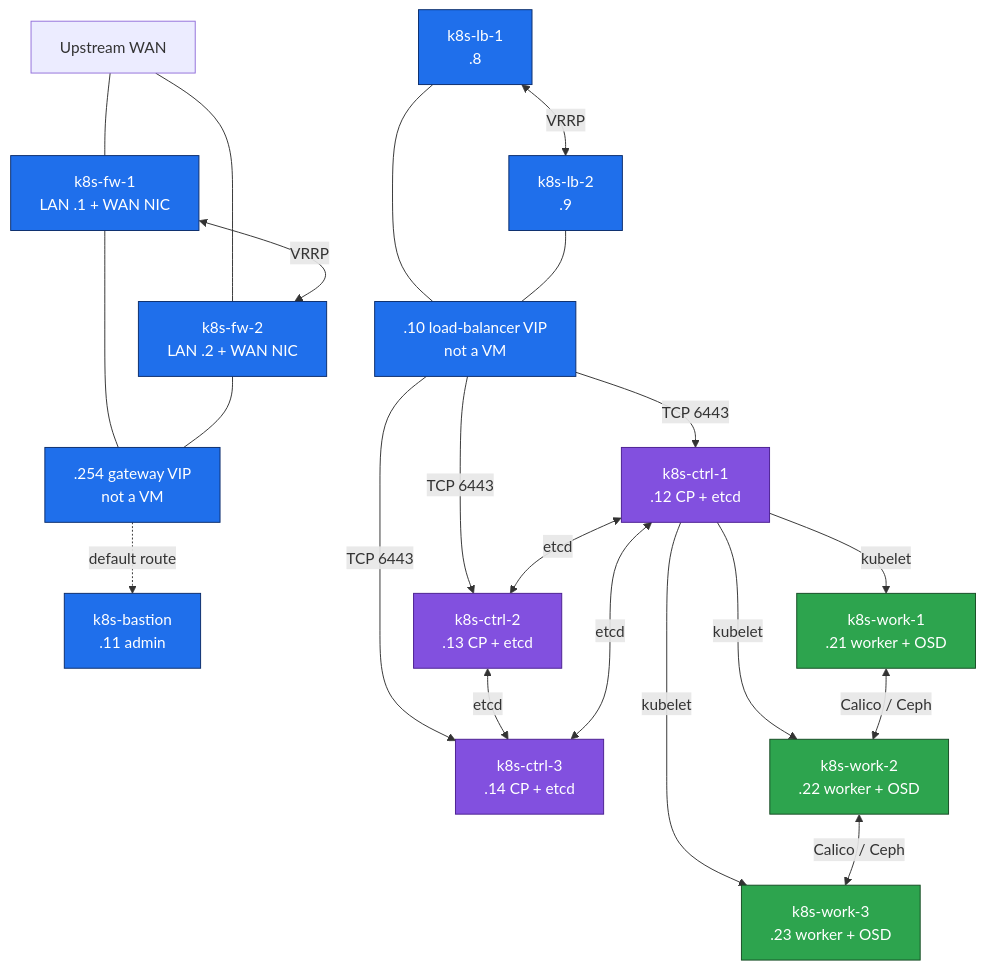
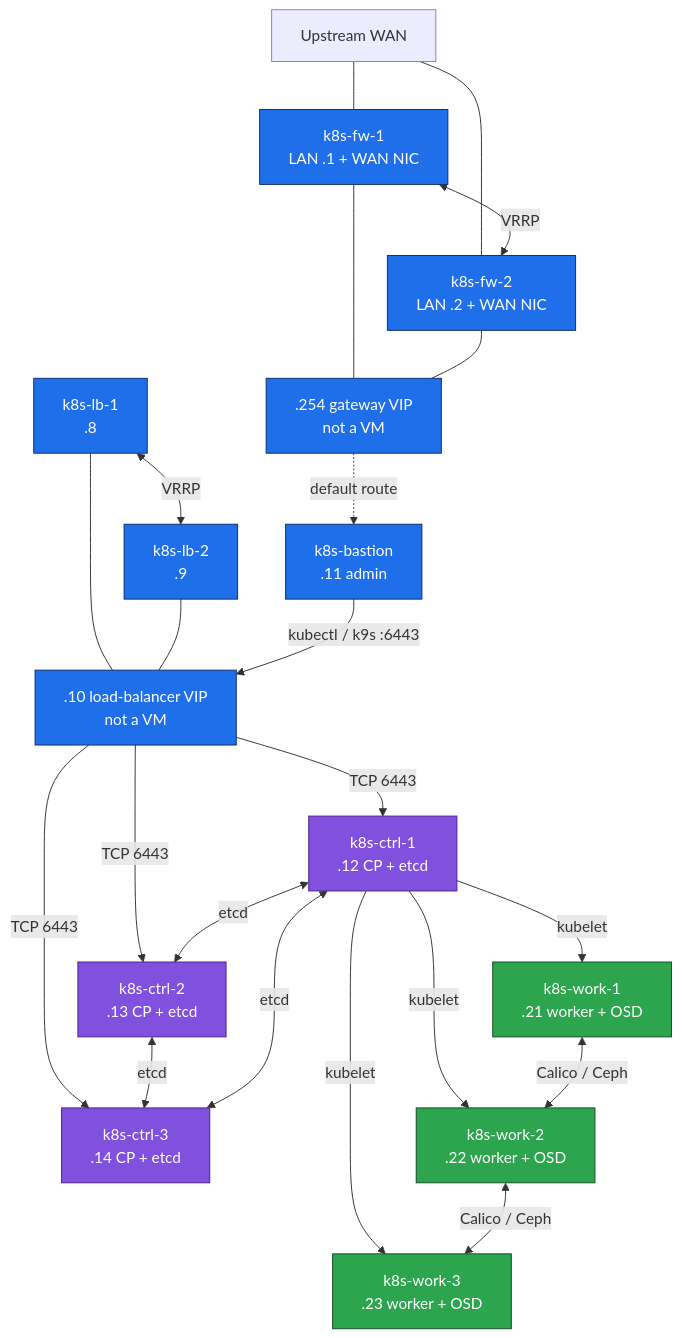
One commit to bahman-farhadian/kubernetes-lab changed the second of 2 diagrams in 01-inventory.md. Above: the diagram before and after it, drawn with Mermaid. The commit also changed other lines of this file and 5 other files, not shown here.

````diff
--- a/01-inventory.md
+++ b/01-inventory.md
@@ -74,51 +78,52 @@
 ```mermaid
 flowchart TB
     WAN["Upstream WAN"]
 
     FW1["k8s-fw-1\nLAN .1 + WAN NIC"]:::bastion
     FW2["k8s-fw-2\nLAN .2 + WAN NIC"]:::bastion
     GW[".254 gateway VIP\nnot a VM"]:::bastion
 
     LB1["k8s-lb-1\n.8"]:::bastion
     LB2["k8s-lb-2\n.9"]:::bastion
     API[".10 load-balancer VIP\nnot a VM"]:::bastion
 
     BAST["k8s-bastion\n.11 admin"]:::bastion
 
     C1["k8s-ctrl-1\n.12 CP + etcd"]:::controlPlane
     C2["k8s-ctrl-2\n.13 CP + etcd"]:::controlPlane
     C3["k8s-ctrl-3\n.14 CP + etcd"]:::controlPlane
 
     W1["k8s-work-1\n.21 worker + OSD"]:::worker
     W2["k8s-work-2\n.22 worker + OSD"]:::worker
     W3["k8s-work-3\n.23 worker + OSD"]:::worker
 
     WAN --- FW1
     WAN --- FW2
     FW1 <-->|"VRRP"| FW2
     FW1 --- GW
     FW2 --- GW
     GW -.->|"default route"| BAST
 
     LB1 <-->|"VRRP"| LB2
     LB1 --- API
     LB2 --- API
     API -->|"TCP 6443"| C1
     API -->|"TCP 6443"| C2
     API -->|"TCP 6443"| C3
+    BAST -->|"kubectl / k9s :6443"| API
 
     C1 <-->|"etcd"| C2
     C2 <-->|"etcd"| C3
     C3 <-->|"etcd"| C1
     C1 -->|"kubelet"| W1
     C1 -->|"kubelet"| W2
     C1 -->|"kubelet"| W3
     W1 <-->|"Calico / Ceph"| W2
     W2 <-->|"Calico / Ceph"| W3
 
     classDef bastion fill:#1f6feb,stroke:#0c2d6b,color:#ffffff
     classDef controlPlane fill:#8250df,stroke:#4b1f91,color:#ffffff
     classDef etcd fill:#d29922,stroke:#7d5c05,color:#1a1a1a
     classDef worker fill:#2da44e,stroke:#164c24,color:#ffffff
     classDef storage fill:#0d9488,stroke:#0f766e,color:#ffffff
 ```
````
